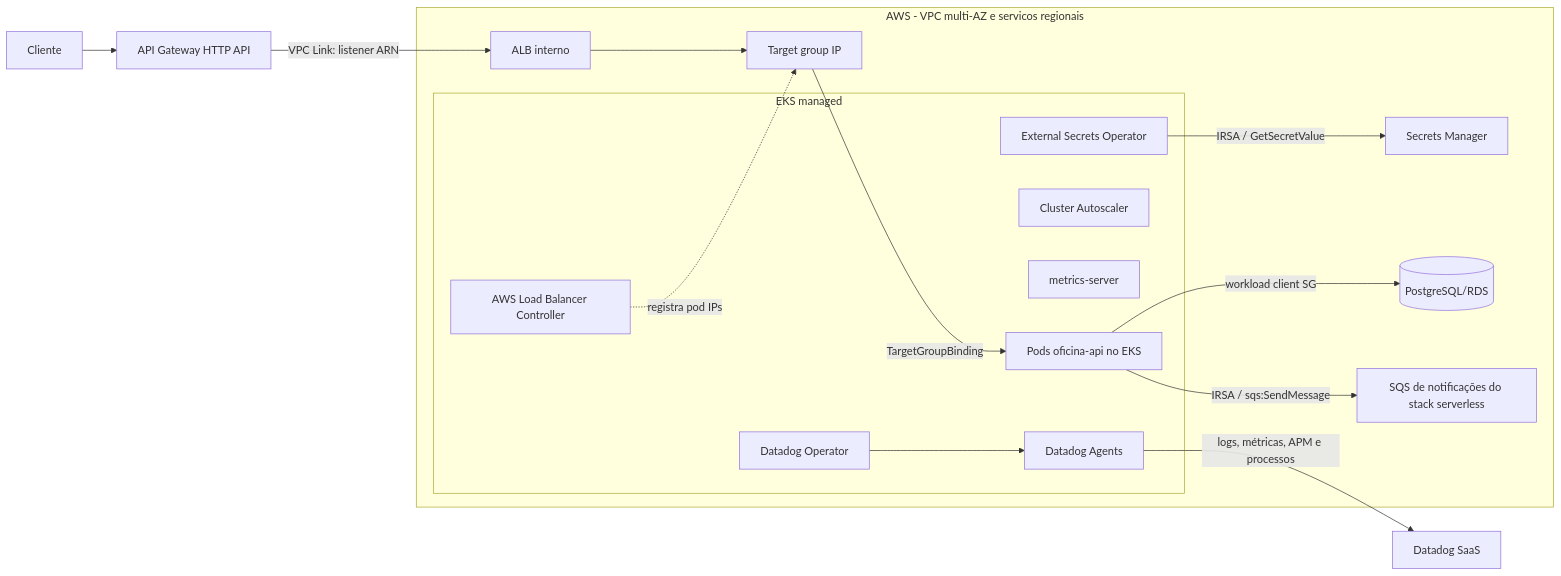
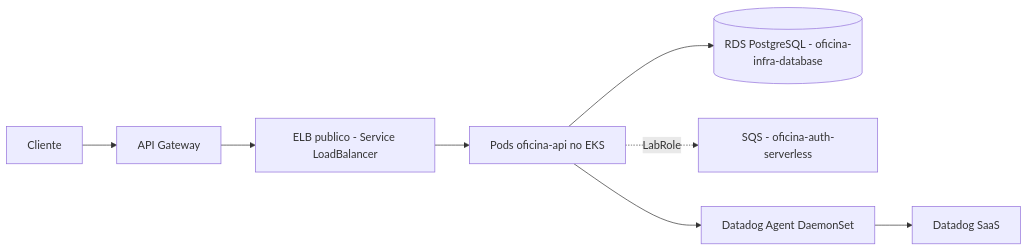
One commit to christochula/oficina-infra-kubernetes changed the diagram in README.md. Above: the diagram before and after it, drawn with Mermaid. The commit also changed other lines of this file and 43 other files, not shown here.

First line of the commit message:
feat: adapta infra Kubernetes para AWS Academy

````diff
--- a/README.md
+++ b/README.md
@@ -24,31 +83,10 @@
 ```mermaid
 flowchart LR
-    Client[Cliente] --> APIGW[API Gateway HTTP API]
-    APIGW -->|VPC Link: listener ARN| ALB[ALB interno]
-    ALB --> TG[Target group IP]
-    TG -->|TargetGroupBinding| Pods[Pods oficina-api no EKS]
-
-    subgraph AWS[AWS - VPC multi-AZ e servicos regionais]
-      subgraph EKS[EKS managed]
-        Pods
-        LBC[AWS Load Balancer Controller]
-        CA[Cluster Autoscaler]
-        MS[metrics-server]
-        ESO[External Secrets Operator]
-        DDO[Datadog Operator]
-        DDA[Datadog Agents]
-        DDO --> DDA
-      end
-      ALB
-      TG
-      SM[Secrets Manager]
-      RDS[(PostgreSQL/RDS)]
-      SQS[SQS de notificações do stack serverless]
-      ESO -->|IRSA / GetSecretValue| SM
-      Pods -->|workload client SG| RDS
-      Pods -->|IRSA / sqs:SendMessage| SQS
-    end
-
-    DDA -->|logs, métricas, APM e processos| DD[Datadog SaaS]
-    LBC -. registra pod IPs .-> TG
+  Client[Cliente] --> APIGW[API Gateway]
+  APIGW --> LB[ELB publico - Service LoadBalancer]
+  LB --> Pods[Pods oficina-api no EKS]
+  Pods --> RDS[(RDS PostgreSQL - oficina-infra-database)]
+  Pods -. LabRole .-> SQS[SQS - oficina-auth-serverless]
+  Pods --> DDA[Datadog Agent DaemonSet]
+  DDA --> DD[Datadog SaaS]
 ```
````
